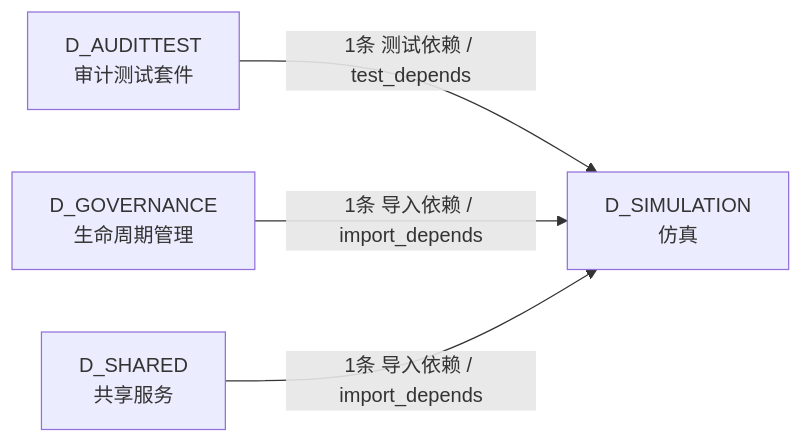
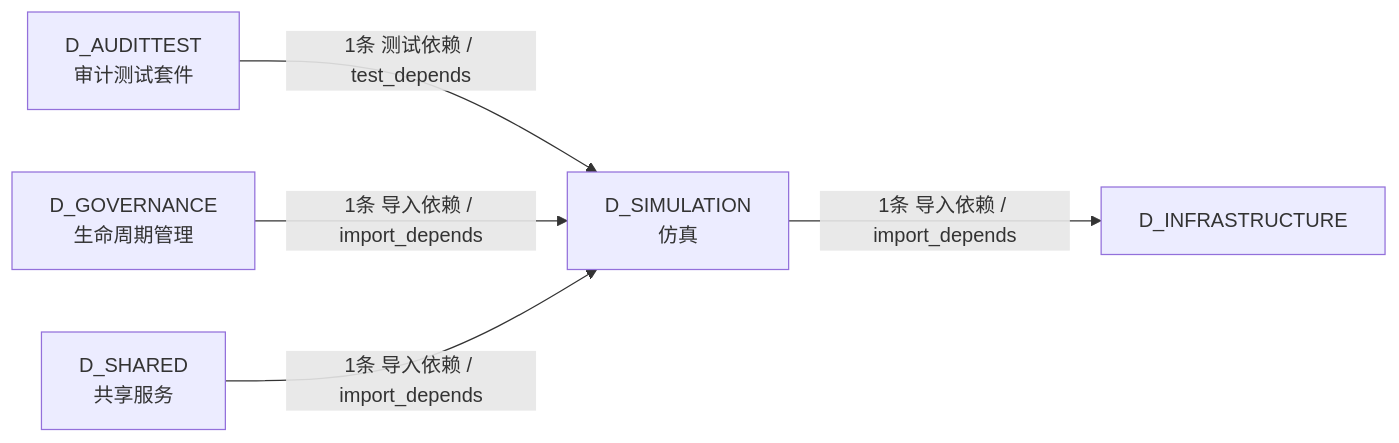
One commit to xuanFelixVan/ZephyrAlpha changed the fifth of 5 diagrams in docs/02_enterprise_architecture/02_domain_architecture_docs/55_d_simulation.md. Above: the diagram before and after it, drawn with Mermaid. The commit also changed other lines of this file and 112 other files, not shown here.

````diff
--- a/docs/02_enterprise_architecture/02_domain_architecture_docs/55_d_simulation.md
+++ b/docs/02_enterprise_architecture/02_domain_architecture_docs/55_d_simulation.md
@@ -189,10 +197,12 @@
 ```mermaid
 graph LR
     D_SIMULATION["D_SIMULATION<br/>仿真"]
+    D_INFRASTRUCTURE["D_INFRASTRUCTURE"]
     D_AUDITTEST["D_AUDITTEST<br/>审计测试套件"]
     D_GOVERNANCE["D_GOVERNANCE<br/>生命周期管理"]
     D_SHARED["D_SHARED<br/>共享服务"]
+    D_SIMULATION -->|1条 导入依赖 / import_depends| D_INFRASTRUCTURE
     D_AUDITTEST -->|1条 测试依赖 / test_depends| D_SIMULATION
     D_GOVERNANCE -->|1条 导入依赖 / import_depends| D_SIMULATION
     D_SHARED -->|1条 导入依赖 / import_depends| D_SIMULATION
 ```
````
